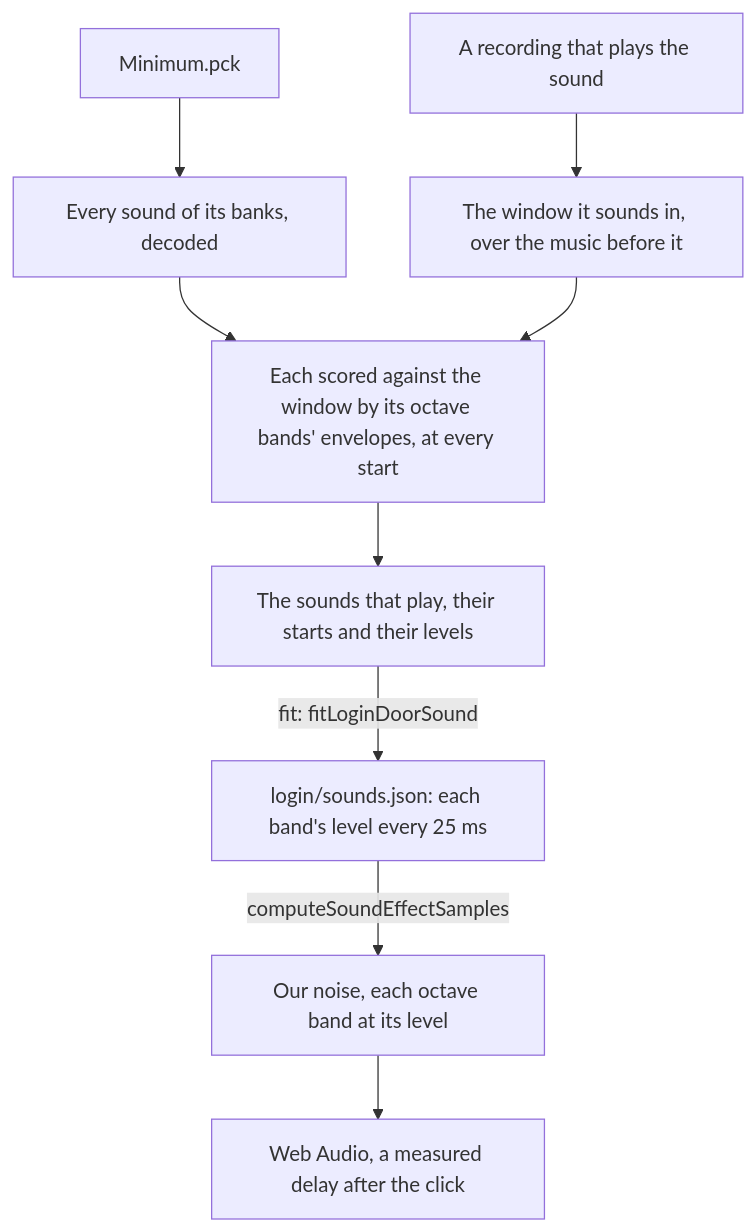
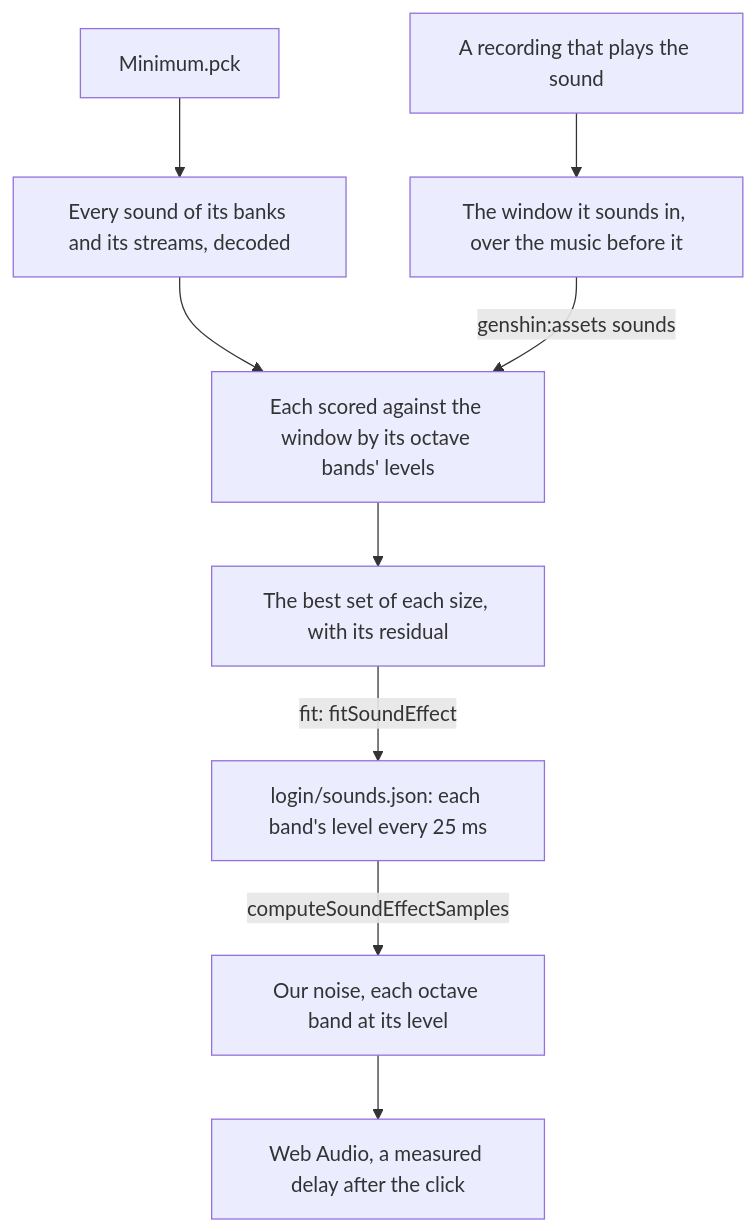
One commit to Esposter/Esposter changed the diagram in apps/web/content/docs/genshin/sound-effects.md. Above: the diagram before and after it, drawn with Mermaid. The commit also changed other lines of this file and 30 other files, not shown here.

First line of the commit message:
feat(scripts): genshin:assets sounds matches a recording's window against every sound of the game's packages

````diff
--- a/apps/web/content/docs/genshin/sound-effects.md
+++ b/apps/web/content/docs/genshin/sound-effects.md
@@ -12,11 +12,11 @@
 ```mermaid
 flowchart TD
   R["A recording that plays the sound"] --> W["The window it sounds in, over the music before it"]
-  P["Minimum.pck"] --> D["Every sound of its banks, decoded"]
-  D --> M["Each scored against the window by its octave bands' envelopes, at every start"]
-  W --> M
-  M --> S["The sounds that play, their starts and their levels"]
-  S -->|"fit: fitLoginDoorSound"| L["login/sounds.json: each band's level every 25 ms"]
+  P["Minimum.pck"] --> D["Every sound of its banks and its streams, decoded"]
+  D --> M["Each scored against the window by its octave bands' levels"]
+  W -->|"genshin:assets sounds"| M
+  M --> S["The best set of each size, with its residual"]
+  S -->|"fit: fitSoundEffect"| L["login/sounds.json: each band's level every 25 ms"]
   L -->|"computeSoundEffectSamples"| N["Our noise, each octave band at its level"]
   N --> A["Web Audio, a measured delay after the click"]
 ```
````
